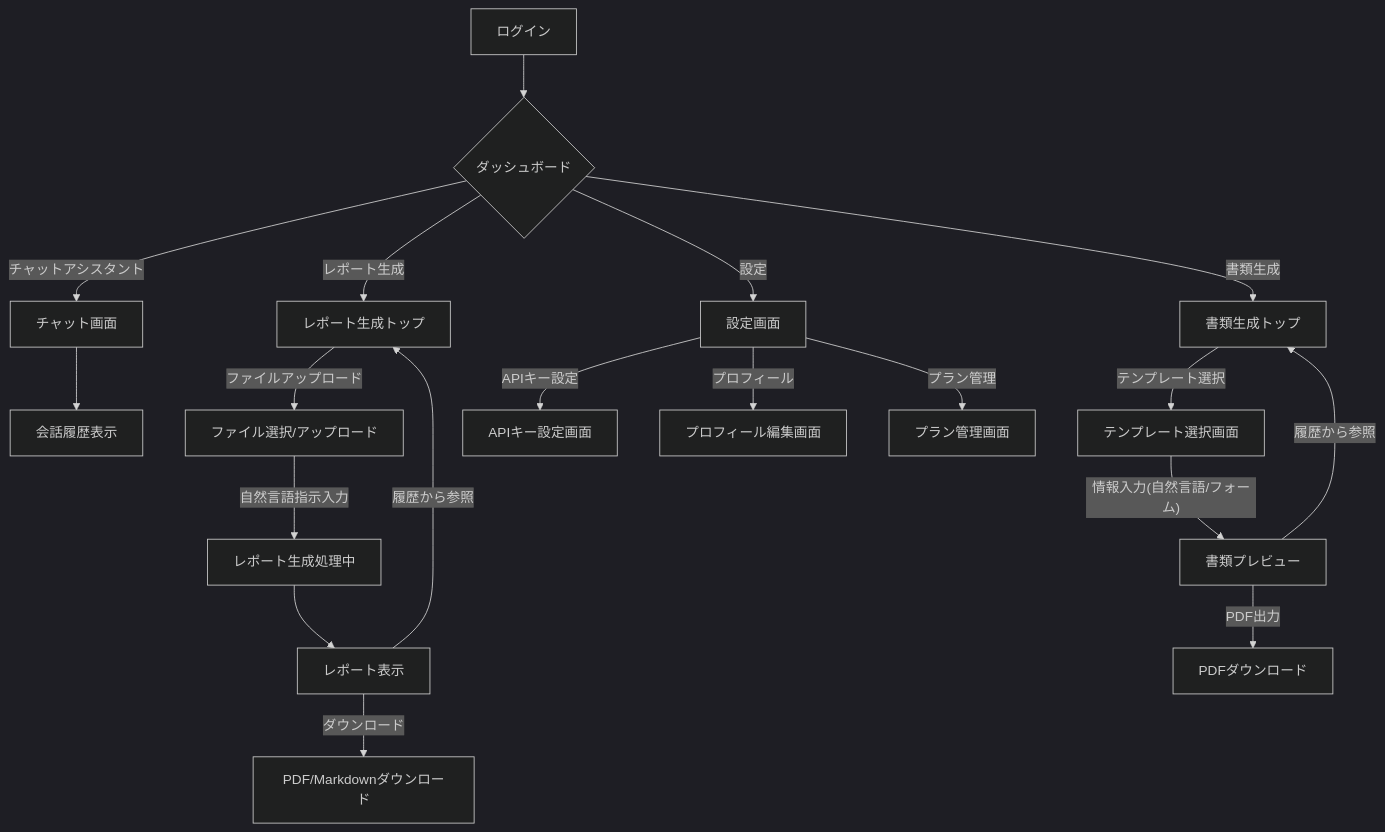
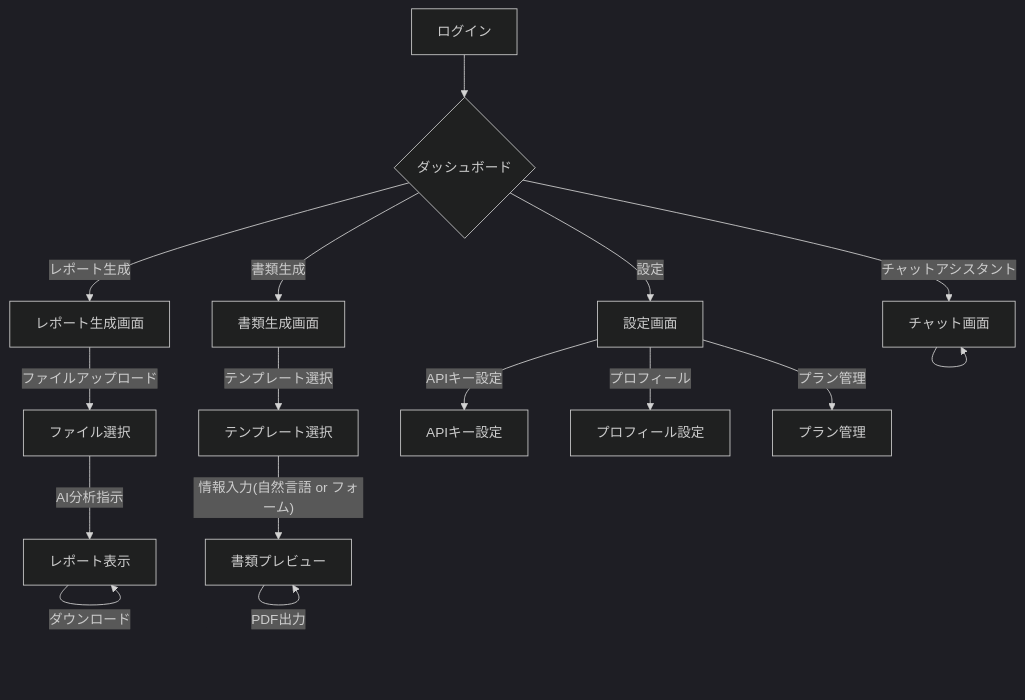
The diagram in docs/tsumikiri/mvp-spec.md (mokaland/toppa-inc), drawn with Mermaid (dark theme) before and after one commit. The commit also changed other lines of this file, not shown here.

````diff
--- a/docs/tsumikiri/mvp-spec.md
+++ b/docs/tsumikiri/mvp-spec.md
@@ -125,25 +98,18 @@
 ```mermaid
 graph TD
     A[ログイン] --> B{ダッシュボード}
-
     B -- チャットアシスタント --> C[チャット画面]
-    C --> D[会話履歴表示]
-
-    B -- レポート生成 --> E[レポート生成トップ]
-    E -- ファイルアップロード --> F[ファイル選択/アップロード]
-    F -- 自然言語指示入力 --> G[レポート生成処理中]
-    G --> H[レポート表示]
-    H -- ダウンロード --> I[PDF/Markdownダウンロード]
-    H -- 履歴から参照 --> E
-
-    B -- 書類生成 --> J[書類生成トップ]
-    J -- テンプレート選択 --> K[テンプレート選択画面]
-    K -- 情報入力(自然言語/フォーム) --> L[書類プレビュー]
-    L -- PDF出力 --> M[PDFダウンロード]
-    L -- 履歴から参照 --> J
-
-    B -- 設定 --> N[設定画面]
-    N -- APIキー設定 --> O[APIキー設定画面]
-    N -- プロフィール --> P[プロフィール編集画面]
-    N -- プラン管理 --> Q[プラン管理画面]
+    C --> C
+    B -- レポート生成 --> D[レポート生成画面]
+    D -- ファイルアップロード --> E[ファイル選択]
+    E -- AI分析指示 --> F[レポート表示]
+    F -- ダウンロード --> F
+    B -- 書類生成 --> G[書類生成画面]
+    G -- テンプレート選択 --> H[テンプレート選択]
+    H -- 情報入力(自然言語 or フォーム) --> I[書類プレビュー]
+    I -- PDF出力 --> I
+    B -- 設定 --> J[設定画面]
+    J -- APIキー設定 --> K[APIキー設定]
+    J -- プロフィール --> L[プロフィール設定]
+    J -- プラン管理 --> M[プラン管理]
 ```
````
